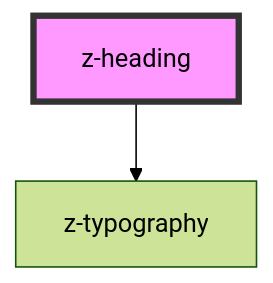
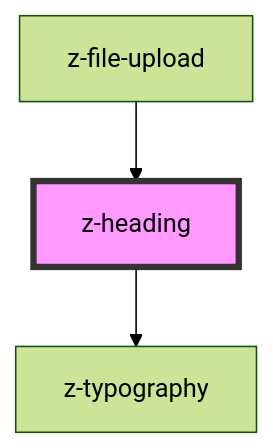
Before and after one commit to ZanichelliEditore/design-system: the diagram in src/components/typography/z-heading/readme.md, drawn with Mermaid (forest theme). The commit also changed other lines of this file and 12 other files, not shown here.

````diff
--- a/src/components/typography/z-heading/readme.md
+++ b/src/components/typography/z-heading/readme.md
@@ -24,5 +28,6 @@
 ```mermaid
 graph TD;
   z-heading --> z-typography
+  z-file-upload --> z-heading
   style z-heading fill:#f9f,stroke:#333,stroke-width:4px
 ```
````
